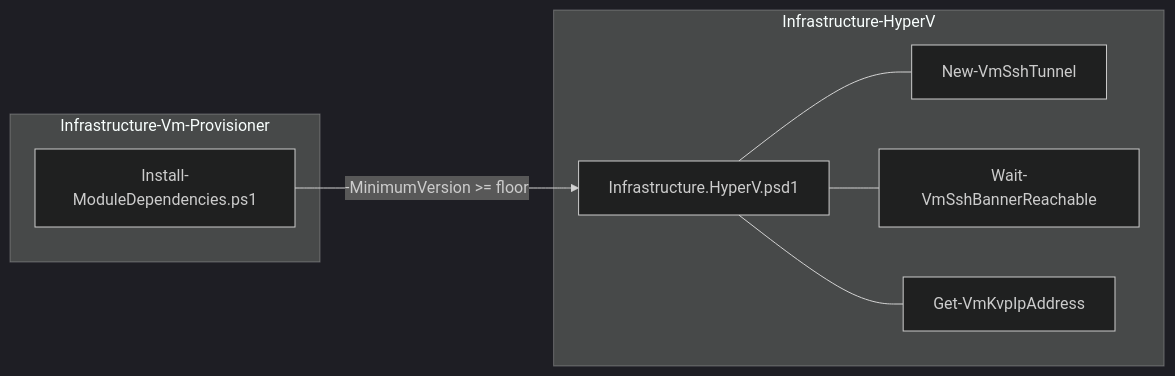
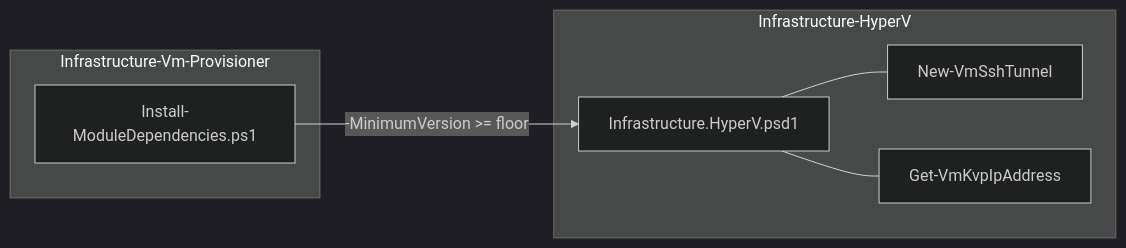
The first of 5 diagrams in docs/dev/implementation/67 - ensure vms ready/plan.md (Klark-Morrigan/Infrastructure-Vm-Provisioner), drawn with Mermaid (dark theme) before and after one commit. The commit also changed other lines of this file, not shown here.

````diff
--- a/docs/dev/implementation/67 - ensure vms ready/plan.md
+++ b/docs/dev/implementation/67 - ensure vms ready/plan.md
@@ -55,16 +57,14 @@
 ```mermaid
 flowchart LR
     subgraph repo[Infrastructure-Vm-Provisioner]
         IMD[Install-ModuleDependencies.ps1]
     end
     subgraph hv[Infrastructure-HyperV]
         Psd1[Infrastructure.HyperV.psd1]
         T1[New-VmSshTunnel]
-        T2[Wait-VmSshBannerReachable]
         T3[Get-VmKvpIpAddress]
     end
     IMD -- "-MinimumVersion >= floor" --> Psd1
     Psd1 --- T1
-    Psd1 --- T2
     Psd1 --- T3
 ```
````
